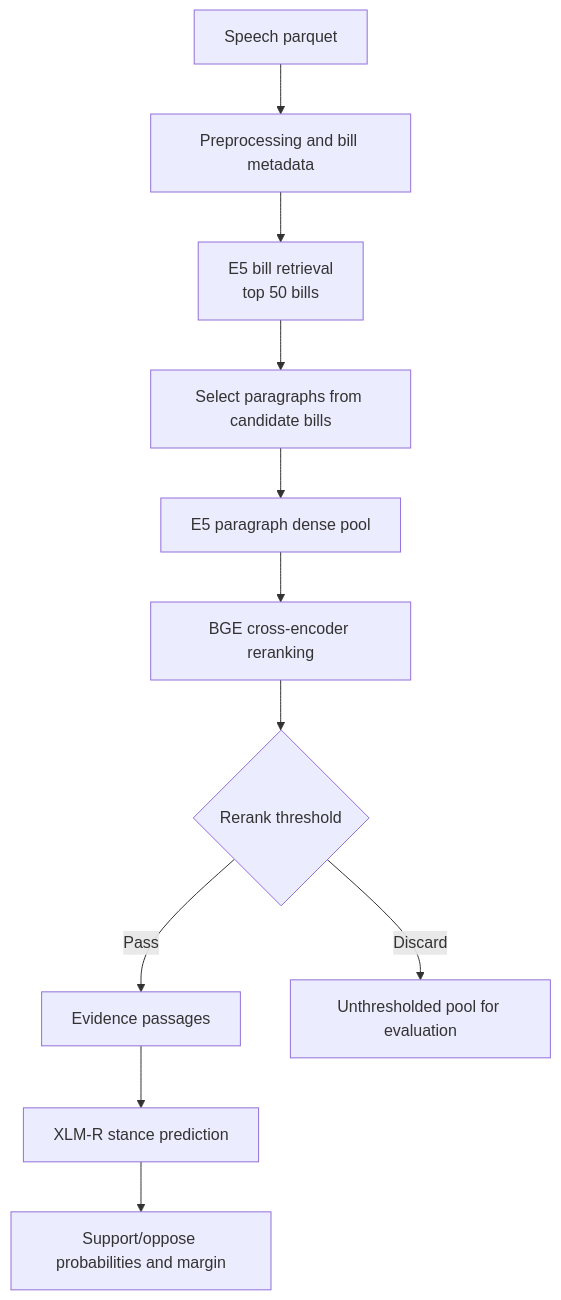
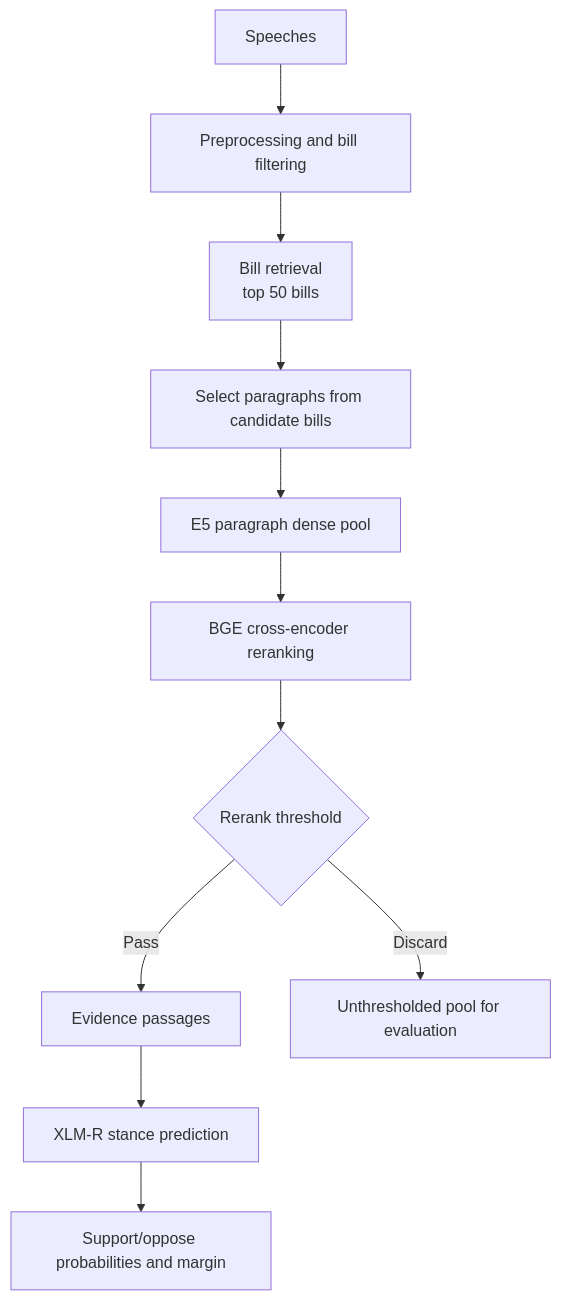
One commit to MatteoFasulo/DemocraSci-AM changed the diagram in README.md. Above: the diagram before and after it, drawn with Mermaid. The commit also changed other lines of this file, not shown here.

Commit message:
Update README.md with improved pipeline diagram and detailed embedding and scoring explanations

````diff
--- a/README.md
+++ b/README.md
@@ -7,13 +7,13 @@
 ```mermaid
 flowchart TD
-    A[Speech parquet] --> B[Preprocessing and bill metadata]
-    B --> C[E5 bill retrieval<br/>top 50 bills]
+    A[Speeches] --> B[Preprocessing and bill filtering]
+    B --> C[Bill retrieval<br/>top 50 bills]
     C --> D[Select paragraphs from candidate bills]
     D --> E[E5 paragraph dense pool]
     E --> F[BGE cross-encoder reranking]
     F --> G{Rerank threshold}
     G -->|Pass| H[Evidence passages]
     G -->|Discard| I[Unthresholded pool for evaluation]
     H --> J[XLM-R stance prediction]
     J --> K[Support/oppose probabilities and margin]
 ```
````
